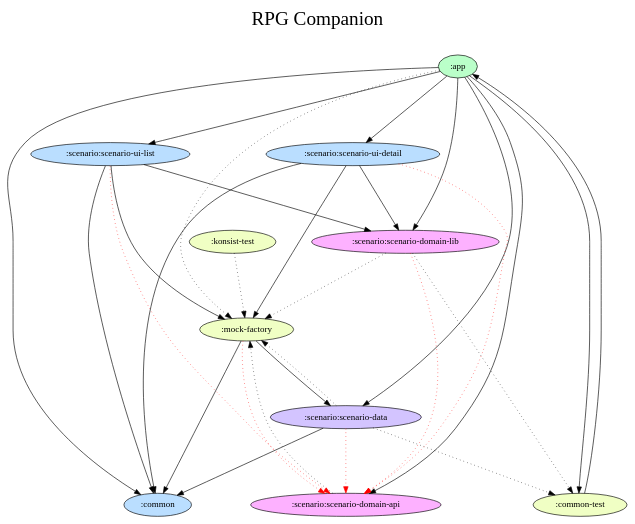
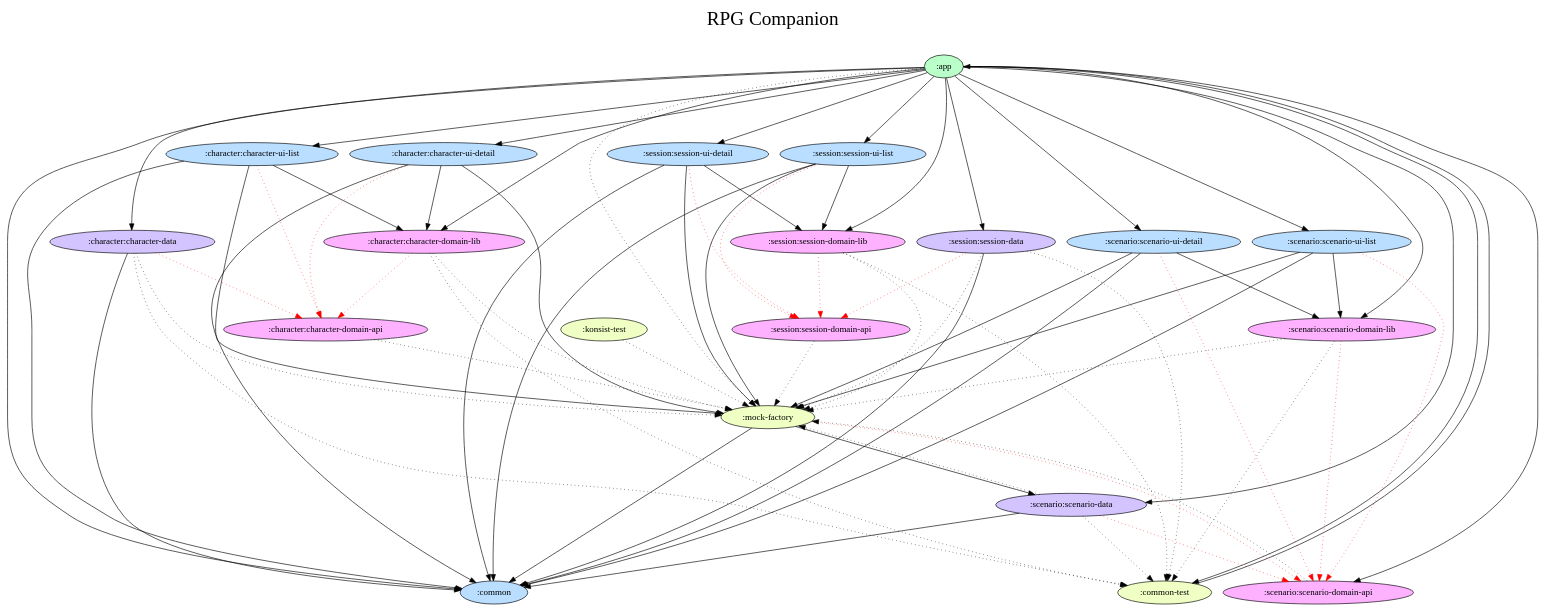
One commit to florentin-v/android-rpg-companion changed the diagram in docs/dependency-graph/project.dot. Above: the diagram before and after it, drawn with Graphviz. The commit also changed 75 other files, not shown here.

```diff
--- a/docs/dependency-graph/project.dot
+++ b/docs/dependency-graph/project.dot
@@ -1,52 +1,102 @@
 digraph {
   graph [label="RPG Companion\n ",labelloc=t,fontsize=30,ranksep=1.4];
   node [style=filled, fillcolor="#bbbbbb"];
   rankdir=TB;
 
   # Projects
 
   ":app" [fillcolor="#baffc9"];
+  ":character:character-data" [fillcolor="#d3c4ff"];
+  ":character:character-domain-api" [fillcolor="#fdb1ff"];
+  ":character:character-domain-lib" [fillcolor="#fdb1ff"];
+  ":character:character-ui-detail" [fillcolor="#badeff"];
+  ":character:character-ui-list" [fillcolor="#badeff"];
   ":common" [fillcolor="#badeff"];
   ":common-test" [fillcolor="#f0ffc4"];
   ":konsist-test" [fillcolor="#f0ffc4"];
   ":mock-factory" [fillcolor="#f0ffc4"];
   ":scenario:scenario-data" [fillcolor="#d3c4ff"];
   ":scenario:scenario-domain-api" [fillcolor="#fdb1ff"];
   ":scenario:scenario-domain-lib" [fillcolor="#fdb1ff"];
   ":scenario:scenario-ui-detail" [fillcolor="#badeff"];
   ":scenario:scenario-ui-list" [fillcolor="#badeff"];
+  ":session:session-data" [fillcolor="#d3c4ff"];
+  ":session:session-domain-api" [fillcolor="#fdb1ff"];
+  ":session:session-domain-lib" [fillcolor="#fdb1ff"];
+  ":session:session-ui-detail" [fillcolor="#badeff"];
+  ":session:session-ui-list" [fillcolor="#badeff"];
 
   {rank = same;}
 
   # Dependencies
 
   ":app" -> ":common" [style=filled, style=filled]
   ":app" -> ":mock-factory" [style=filled, style=dotted]
+  ":app" -> ":character:character-data" [style=filled]
+  ":app" -> ":character:character-domain-lib" [style=filled]
+  ":app" -> ":character:character-ui-detail" [style=filled]
+  ":app" -> ":character:character-ui-list" [style=filled]
   ":app" -> ":scenario:scenario-data" [style=filled, style=filled]
   ":app" -> ":scenario:scenario-domain-lib" [style=filled, style=filled]
   ":app" -> ":scenario:scenario-ui-detail" [style=filled, style=filled]
   ":app" -> ":scenario:scenario-ui-list" [style=filled, style=filled]
+  ":app" -> ":session:session-data" [style=filled]
+  ":app" -> ":session:session-domain-lib" [style=filled]
+  ":app" -> ":session:session-ui-detail" [style=filled]
+  ":app" -> ":session:session-ui-list" [style=filled]
   ":app" -> ":common-test" [style=filled]
   ":app" -> ":scenario:scenario-domain-api" [style=filled]
   ":common-test" -> ":app" [style=filled]
   ":mock-factory" -> ":scenario:scenario-domain-api" [color=red,style=dotted]
   ":mock-factory" -> ":common" [style=filled]
   ":mock-factory" -> ":scenario:scenario-data" [style=filled]
   ":konsist-test" -> ":mock-factory" [style=dotted]
+  ":character:character-domain-lib" -> ":character:character-domain-api" [color=red,style=dotted]
+  ":character:character-domain-lib" -> ":mock-factory" [style=dotted]
+  ":character:character-domain-lib" -> ":common-test" [style=dotted]
+  ":character:character-domain-api" -> ":mock-factory" [style=dotted]
+  ":character:character-ui-detail" -> ":character:character-domain-api" [color=red,style=dotted]
+  ":character:character-ui-detail" -> ":common" [style=filled]
+  ":character:character-ui-detail" -> ":mock-factory" [style=filled]
+  ":character:character-ui-detail" -> ":character:character-domain-lib" [style=filled]
+  ":character:character-ui-list" -> ":character:character-domain-api" [color=red,style=dotted]
+  ":character:character-ui-list" -> ":common" [style=filled]
+  ":character:character-ui-list" -> ":mock-factory" [style=filled]
+  ":character:character-ui-list" -> ":character:character-domain-lib" [style=filled]
+  ":character:character-data" -> ":character:character-domain-api" [color=red,style=dotted]
+  ":character:character-data" -> ":common" [style=filled]
+  ":character:character-data" -> ":mock-factory" [style=dotted]
+  ":character:character-data" -> ":common-test" [style=dotted]
   ":scenario:scenario-domain-api" -> ":mock-factory" [style=dotted]
   ":scenario:scenario-ui-list" -> ":scenario:scenario-domain-api" [color=red,style=dotted]
   ":scenario:scenario-ui-list" -> ":common" [style=filled]
   ":scenario:scenario-ui-list" -> ":mock-factory" [style=filled]
   ":scenario:scenario-ui-list" -> ":scenario:scenario-domain-lib" [style=filled]
   ":scenario:scenario-domain-lib" -> ":scenario:scenario-domain-api" [color=red,style=dotted]
   ":scenario:scenario-domain-lib" -> ":mock-factory" [style=dotted]
   ":scenario:scenario-domain-lib" -> ":common-test" [style=dotted]
   ":scenario:scenario-data" -> ":scenario:scenario-domain-api" [color=red,style=dotted]
   ":scenario:scenario-data" -> ":common" [style=filled]
   ":scenario:scenario-data" -> ":mock-factory" [style=dotted]
   ":scenario:scenario-data" -> ":common-test" [style=dotted]
   ":scenario:scenario-ui-detail" -> ":scenario:scenario-domain-api" [color=red,style=dotted]
   ":scenario:scenario-ui-detail" -> ":common" [style=filled]
   ":scenario:scenario-ui-detail" -> ":mock-factory" [style=filled]
   ":scenario:scenario-ui-detail" -> ":scenario:scenario-domain-lib" [style=filled]
+  ":session:session-data" -> ":session:session-domain-api" [color=red,style=dotted]
+  ":session:session-data" -> ":common" [style=filled]
+  ":session:session-data" -> ":mock-factory" [style=dotted]
+  ":session:session-data" -> ":common-test" [style=dotted]
+  ":session:session-domain-api" -> ":mock-factory" [style=dotted]
+  ":session:session-ui-detail" -> ":session:session-domain-api" [color=red,style=dotted]
+  ":session:session-ui-detail" -> ":common" [style=filled]
+  ":session:session-ui-detail" -> ":mock-factory" [style=filled]
+  ":session:session-ui-detail" -> ":session:session-domain-lib" [style=filled]
+  ":session:session-domain-lib" -> ":session:session-domain-api" [color=red,style=dotted]
+  ":session:session-domain-lib" -> ":mock-factory" [style=dotted]
+  ":session:session-domain-lib" -> ":common-test" [style=dotted]
+  ":session:session-ui-list" -> ":session:session-domain-api" [color=red,style=dotted]
+  ":session:session-ui-list" -> ":common" [style=filled]
+  ":session:session-ui-list" -> ":mock-factory" [style=filled]
+  ":session:session-ui-list" -> ":session:session-domain-lib" [style=filled]
 }
```
